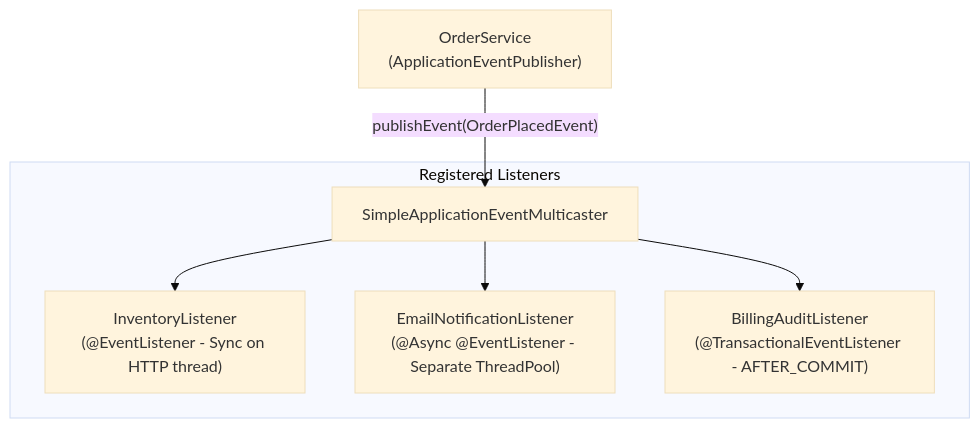
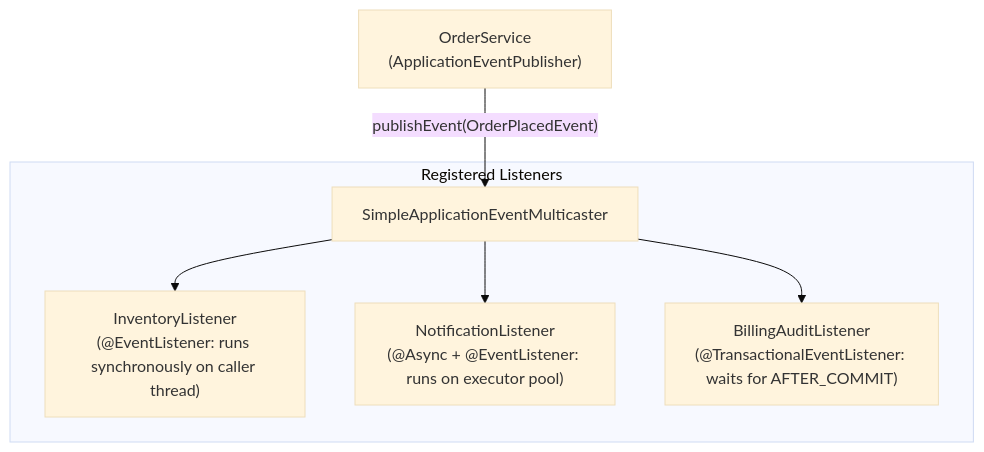
Before and after one commit to ravishankar2463/java_hub: the first of 4 diagrams in content/roadmap/level-8/spring-events-caching-scheduling.md, drawn with Mermaid (base theme). The commit also changed other lines of this file and 119 other files, not shown here.

Commit message:
feat: add comprehensive java learning roadmap content across multiple levels

````diff
--- a/content/roadmap/level-8/spring-events-caching-scheduling.md
+++ b/content/roadmap/level-8/spring-events-caching-scheduling.md
@@ -22,10 +56,10 @@
 ```mermaid
 flowchart TD
     Service["OrderService<br/>(ApplicationEventPublisher)"] -->|"publishEvent(OrderPlacedEvent)"| Multicaster["SimpleApplicationEventMulticaster"]
 
-    subgraph Listeners ["Registered Listeners"]
-        Multicaster --> L1["InventoryListener<br/>(@EventListener - Sync on HTTP thread)"]
-        Multicaster --> L2["EmailNotificationListener<br/>(@Async @EventListener - Separate ThreadPool)"]
-        Multicaster --> L3["BillingAuditListener<br/>(@TransactionalEventListener - AFTER_COMMIT)"]
+    subgraph Listeners["Registered Listeners"]
+        Multicaster --> L1["InventoryListener<br/>(@EventListener: runs synchronously on caller thread)"]
+        Multicaster --> L2["NotificationListener<br/>(@Async + @EventListener: runs on executor pool)"]
+        Multicaster --> L3["BillingAuditListener<br/>(@TransactionalEventListener: waits for AFTER_COMMIT)"]
     end
 ```
````
